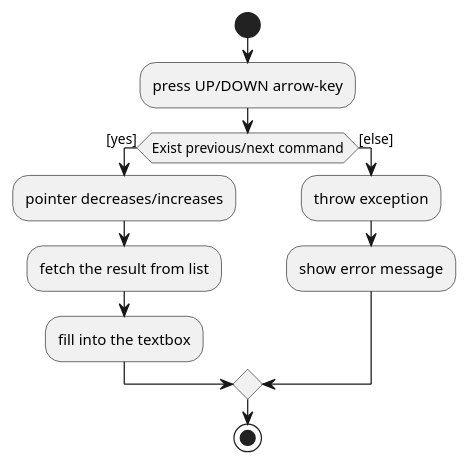
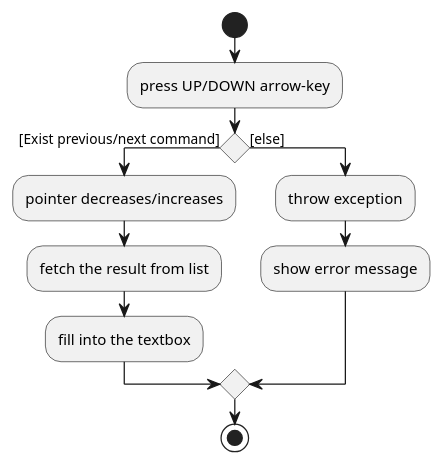
One commit to tandeshao/tp changed the diagram in docs/diagrams/HistoryActivityDiagram.puml. Above: the diagram before and after it, drawn with PlantUML. The commit also changed 1 other file, not shown here.

Commit message:
fix activityDiagram

```diff
--- a/docs/diagrams/HistoryActivityDiagram.puml
+++ b/docs/diagrams/HistoryActivityDiagram.puml
@@ -3,17 +3,17 @@
 @startuml
 
 start
 :press UP/DOWN arrow-key;
 
-if (Exist previous/next command) then ([yes])
+if () then ([Exist previous/next command])
   :pointer decreases/increases;
   :fetch the result from list;
   :fill into the textbox;
 else ([else])
   :throw exception;
   :show error message;
 endif
 
 stop
 
 @enduml
```
